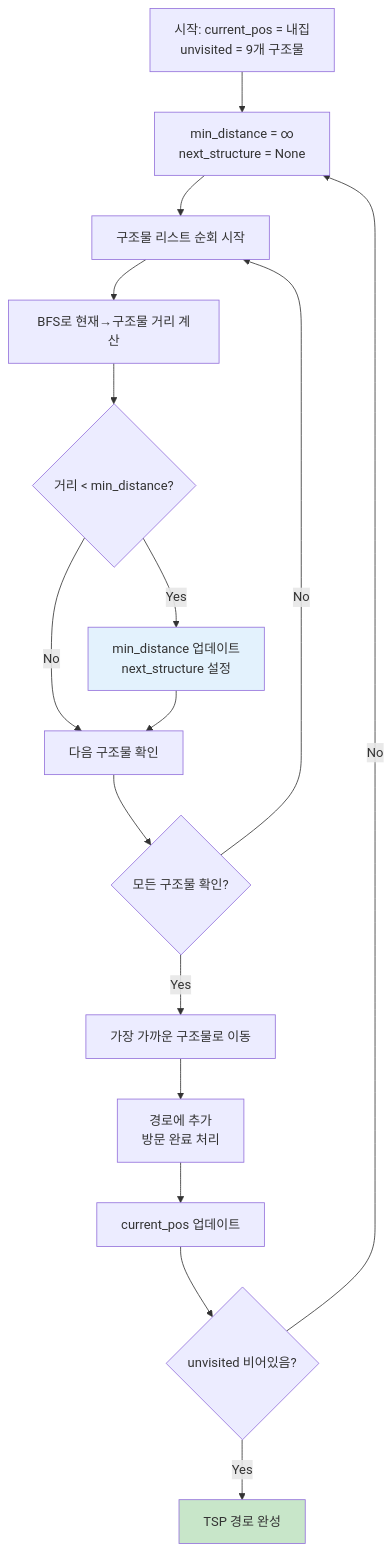
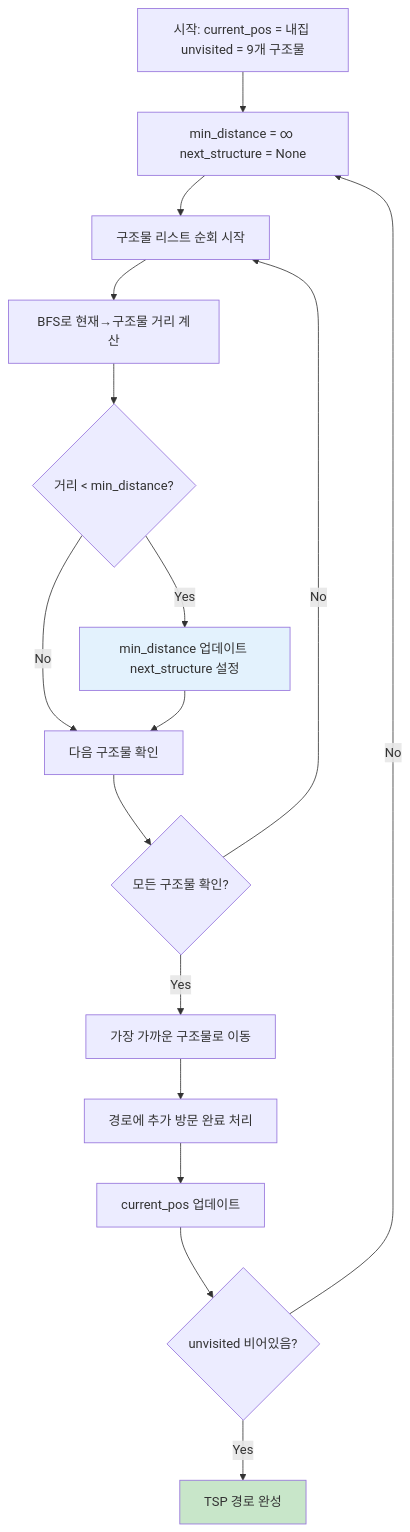
Before and after one commit to SteelCrab/ia-codyssey: the second of 7 diagrams in 보너스_모든구조물방문.md, drawn with Mermaid. The commit also changed other lines of this file and 3 other files, not shown here.

First line of the commit message:
fix: Mermaid 다이어그램 구문 오류 수정

````diff
--- a/보너스_모든구조물방문.md
+++ b/보너스_모든구조물방문.md
@@ -143,27 +143,27 @@
 ```mermaid
 graph TD
-    A[시작: current_pos = 내집<br/>unvisited = 9개 구조물] --> B[min_distance = ∞<br/>next_structure = None]
+    A[시작: current_pos = 내집 unvisited = 9개 구조물] --> B[min_distance = ∞ next_structure = None]
     
     B --> C[구조물 리스트 순회 시작]
     C --> D[BFS로 현재→구조물 거리 계산]
     D --> E{거리 < min_distance?}
     
-    E -->|Yes| F[min_distance 업데이트<br/>next_structure 설정]
+    E -->|Yes| F[min_distance 업데이트 next_structure 설정]
     E -->|No| G[다음 구조물 확인]
     
     F --> G
     G --> H{모든 구조물 확인?}
     
     H -->|No| C
     H -->|Yes| I[가장 가까운 구조물로 이동]
     
-    I --> J[경로에 추가<br/>방문 완료 처리]
+    I --> J[경로에 추가 방문 완료 처리]
     J --> K[current_pos 업데이트]
     K --> L{unvisited 비어있음?}
     
     L -->|No| B
     L -->|Yes| M[TSP 경로 완성]
     
     style M fill:#c8e6c9
     style F fill:#e3f2fd
 ```
````
